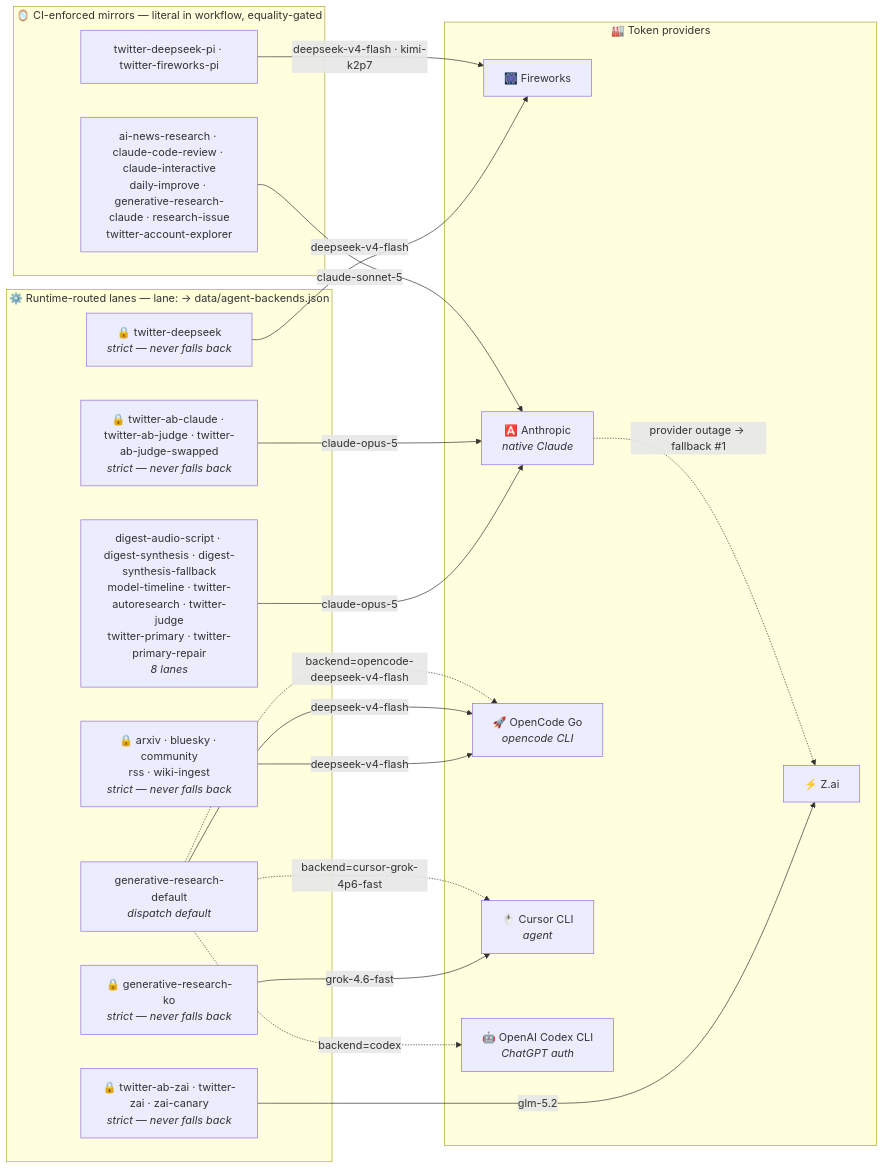
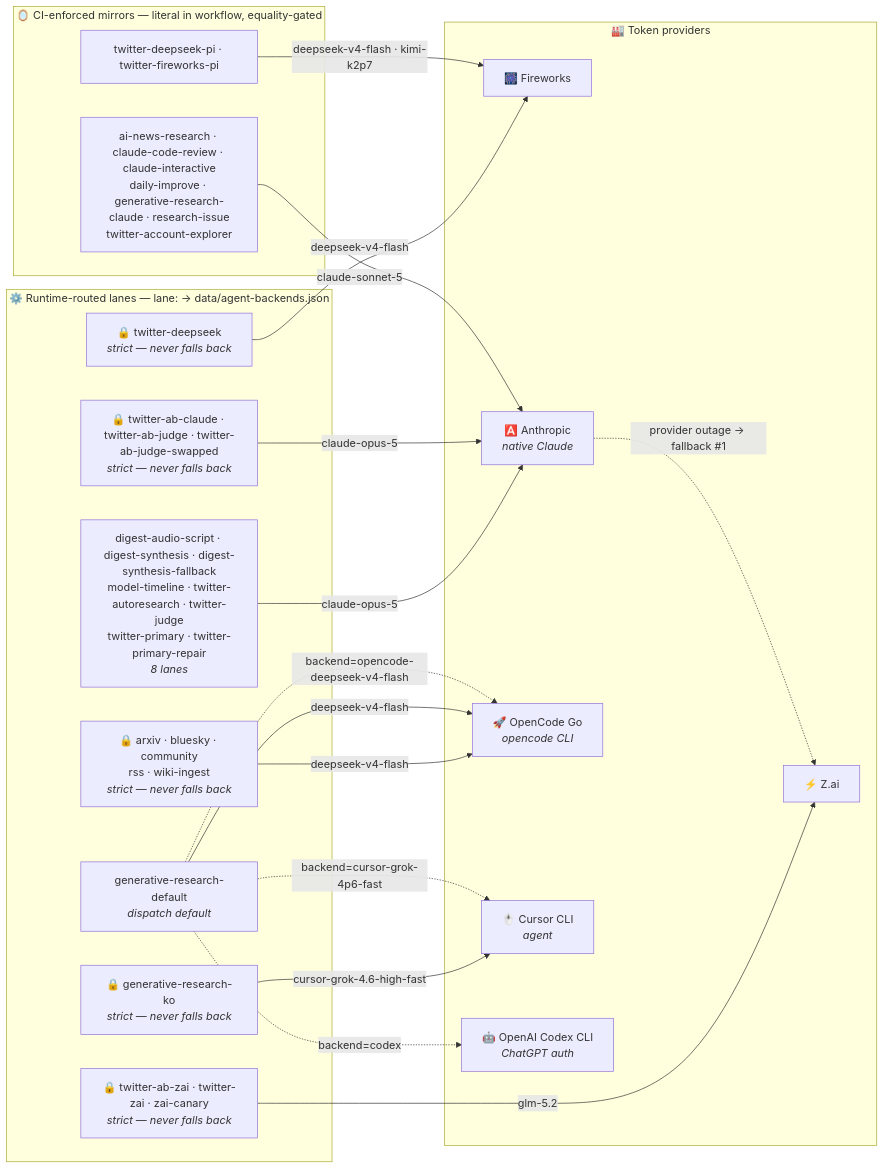
The second of 3 diagrams in README.md (guzus/ai-research-arm), drawn with Mermaid before and after one commit. The commit also changed 10 other files, not shown here.

First line of the commit message:
Pin Cursor CLI to cursor-grok-4.6-high-fast

````diff
--- a/README.md
+++ b/README.md
@@ -148,37 +148,37 @@
 ```mermaid
 flowchart LR
     subgraph runtime["⚙️ Runtime-routed lanes — lane: → data/agent-backends.json"]
         lanes0["digest-audio-script · digest-synthesis · digest-synthesis-fallback<br/>model-timeline · twitter-autoresearch · twitter-judge<br/>twitter-primary · twitter-primary-repair<br/><i>8 lanes</i>"]
         strict0["🔒 twitter-ab-claude · twitter-ab-judge · twitter-ab-judge-swapped<br/><i>strict — never falls back</i>"]
         strict1["🔒 generative-research-ko<br/><i>strict — never falls back</i>"]
         strict2["🔒 twitter-deepseek<br/><i>strict — never falls back</i>"]
         strict3["🔒 arxiv · bluesky · community<br/>rss · wiki-ingest<br/><i>strict — never falls back</i>"]
         strict4["🔒 twitter-ab-zai · twitter-zai · zai-canary<br/><i>strict — never falls back</i>"]
         gendef["generative-research-default<br/><i>dispatch default</i>"]
     end
     subgraph mirrors["🪞 CI-enforced mirrors — literal in workflow, equality-gated"]
         pi["twitter-deepseek-pi · twitter-fireworks-pi"]
         native["ai-news-research · claude-code-review · claude-interactive<br/>daily-improve · generative-research-claude · research-issue<br/>twitter-account-explorer"]
     end
     subgraph providers["🏭 Token providers"]
         FW["🎆 Fireworks"]
         ZAI["⚡ Z.ai"]
         ANT["🅰️ Anthropic<br/><i>native Claude</i>"]
         OC["🚀 OpenCode Go<br/><i>opencode CLI</i>"]
         CUR["🖱️ Cursor CLI<br/><i>agent</i>"]
         OAI["🤖 OpenAI Codex CLI<br/><i>ChatGPT auth</i>"]
     end
     lanes0 -->|"claude-opus-5"| ANT
     strict0 -->|"claude-opus-5"| ANT
-    strict1 -->|"grok-4.6-fast"| CUR
+    strict1 -->|"cursor-grok-4.6-high-fast"| CUR
     strict2 -->|"deepseek-v4-flash"| FW
     strict3 -->|"deepseek-v4-flash"| OC
     strict4 -->|"glm-5.2"| ZAI
     gendef -->|"deepseek-v4-flash"| OC
     pi -->|"deepseek-v4-flash · kimi-k2p7"| FW
     native -->|"claude-sonnet-5"| ANT
     gendef -.->|"backend=codex"| OAI
     gendef -.->|"backend=opencode-deepseek-v4-flash"| OC
     gendef -.->|"backend=cursor-grok-4p6-fast"| CUR
     ANT -. "provider outage → fallback #1" .-> ZAI
 ```
````
